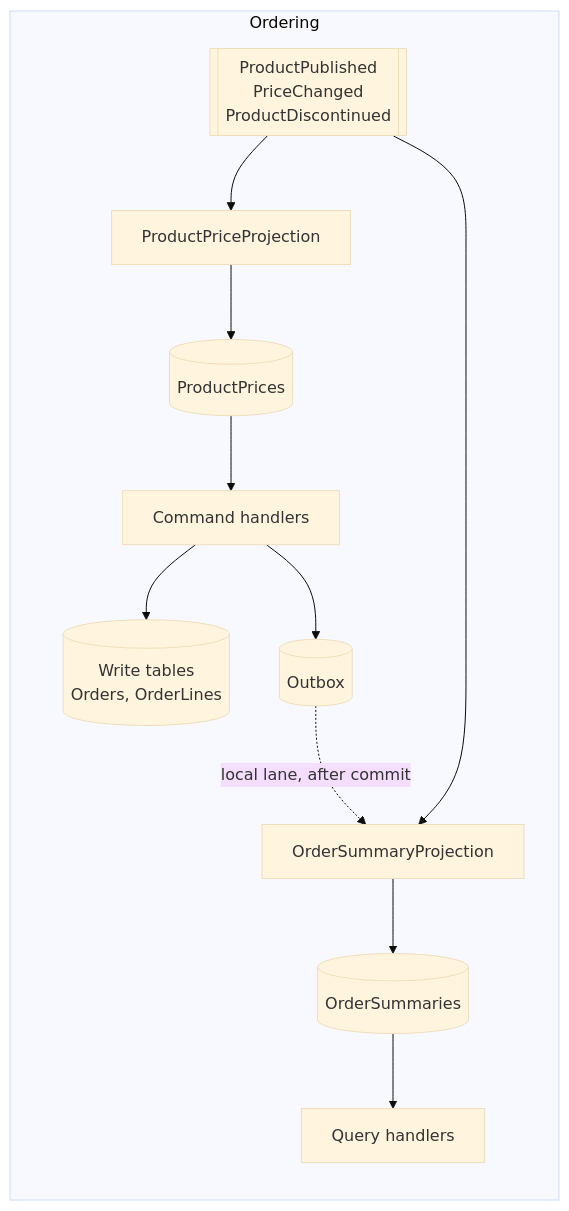
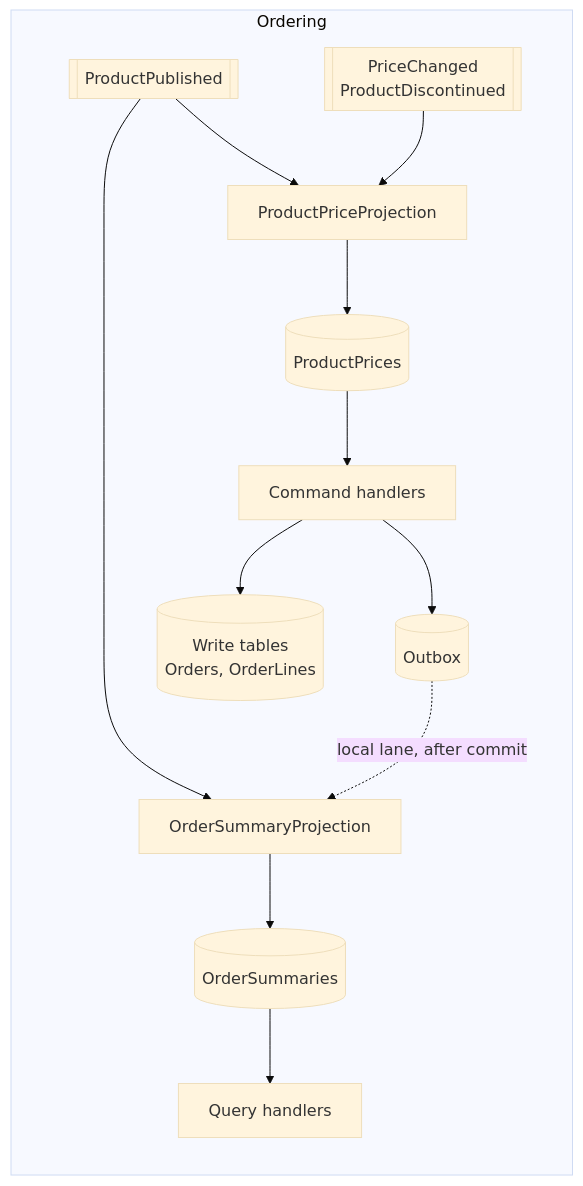
Before and after one commit to alexander-shamray/dotnet-ddd-blueprint: the diagram in docs/backend-architecture/06-cqrs.md, drawn with Mermaid (base theme). The commit also changed other lines of this file, not shown here.

First paragraph of the commit message:
fix: §6.6's "Fed by" cell was still the creation-only feed
Grok's first check of the branch, one finding, and it is the third site of the
inventory the watermark commit already narrowed twice.

````diff
--- a/docs/backend-architecture/06-cqrs.md
+++ b/docs/backend-architecture/06-cqrs.md
@@ -1142,14 +1142,15 @@
 ```mermaid
 graph LR
     subgraph Ordering
         CMD[Command handlers] --> WDB[(Write tables<br/>Orders, OrderLines)]
         CMD --> OB[(Outbox)]
         OB -.->|local lane, after commit| PROJ[OrderSummaryProjection]
-        CAT_EV[[ProductPublished<br/>PriceChanged<br/>ProductDiscontinued]] --> PROJ
-        CAT_EV --> PP[ProductPriceProjection]
+        PUB[[ProductPublished]] --> PROJ
+        PUB --> PP[ProductPriceProjection]
+        CAT_EV[[PriceChanged<br/>ProductDiscontinued]] --> PP
         PROJ --> RDB[(OrderSummaries)]
         PP --> PDB[(ProductPrices)]
         RDB --> QRY[Query handlers]
         PDB --> CMD
     end
 ```
````
